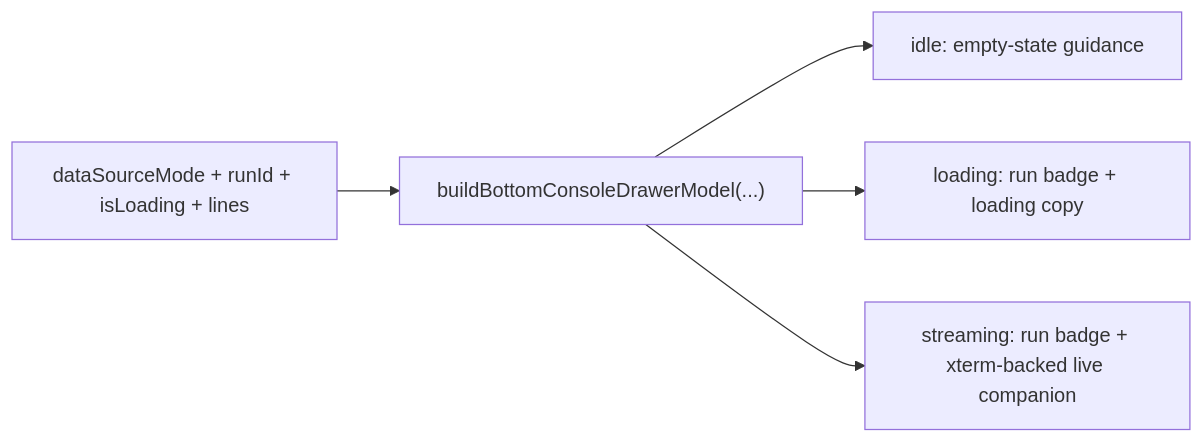
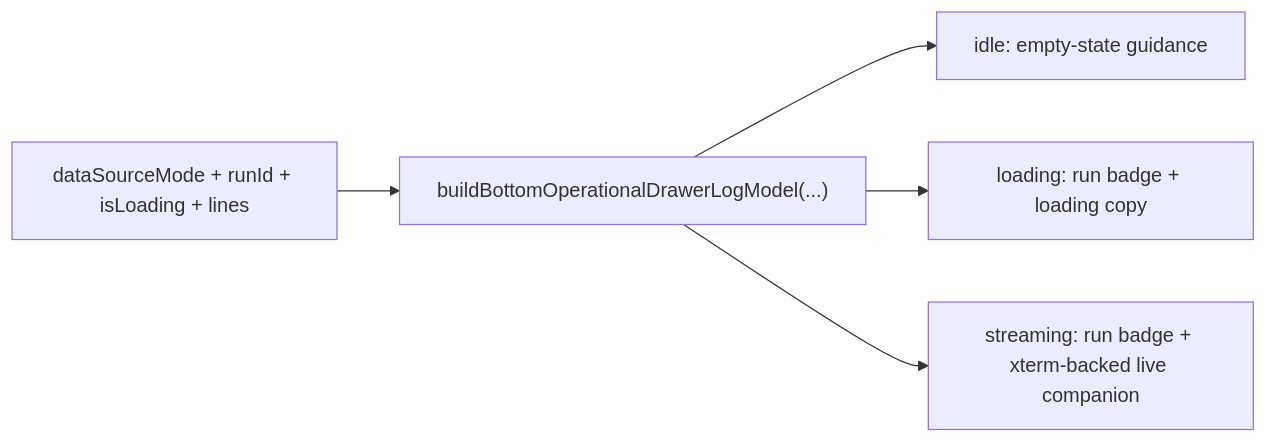
Before and after one commit to dunay2/dvt: the fifth of 9 diagrams in docs/architecture/components/web/appshell/app-shell.md, drawn with Mermaid. The commit also changed other lines of this file and 43 other files, not shown here.

Commit message:
refactor(web): Canonicalize bottom operational drawer

````diff
--- a/docs/architecture/components/web/appshell/app-shell.md
+++ b/docs/architecture/components/web/appshell/app-shell.md
@@ -158,7 +158,7 @@
 ```mermaid
 flowchart LR
-  Inputs["dataSourceMode + runId + isLoading + lines"] --> Model["buildBottomConsoleDrawerModel(...)"]
+  Inputs["dataSourceMode + runId + isLoading + lines"] --> Model["buildBottomOperationalDrawerLogModel(...)"]
   Model --> Idle["idle: empty-state guidance"]
   Model --> Loading["loading: run badge + loading copy"]
   Model --> Streaming["streaming: run badge + xterm-backed live companion"]
 ```
````
